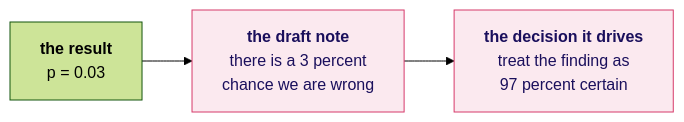
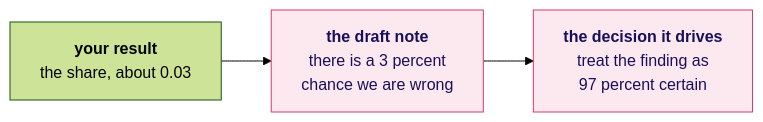
The seventh of 20 diagrams in content/W01/D4/slides/C2_W01_D04_half1_STUDENT.md (fde-academy-lab/c2-content-factory), drawn with Mermaid (forest theme) before and after one commit. The commit also changed other lines of this file and 3 other files, not shown here.

````diff
--- a/content/W01/D4/slides/C2_W01_D04_half1_STUDENT.md
+++ b/content/W01/D4/slides/C2_W01_D04_half1_STUDENT.md
@@ -322,7 +341,7 @@
 ```mermaid
 flowchart LR
-    R["<b>the result</b><br/>p = 0.03"] --> W["<b>the draft note</b><br/>there is a 3 percent<br/>chance we are wrong"]
+    R["<b>your result</b><br/>the share, about 0.03"] --> W["<b>the draft note</b><br/>there is a 3 percent<br/>chance we are wrong"]
     W --> D["<b>the decision it drives</b><br/>treat the finding as<br/>97 percent certain"]
     classDef bad fill:#FBE9EF,stroke:#D63A6A,color:#1A0F5C
     class W,D bad
 ```
````
